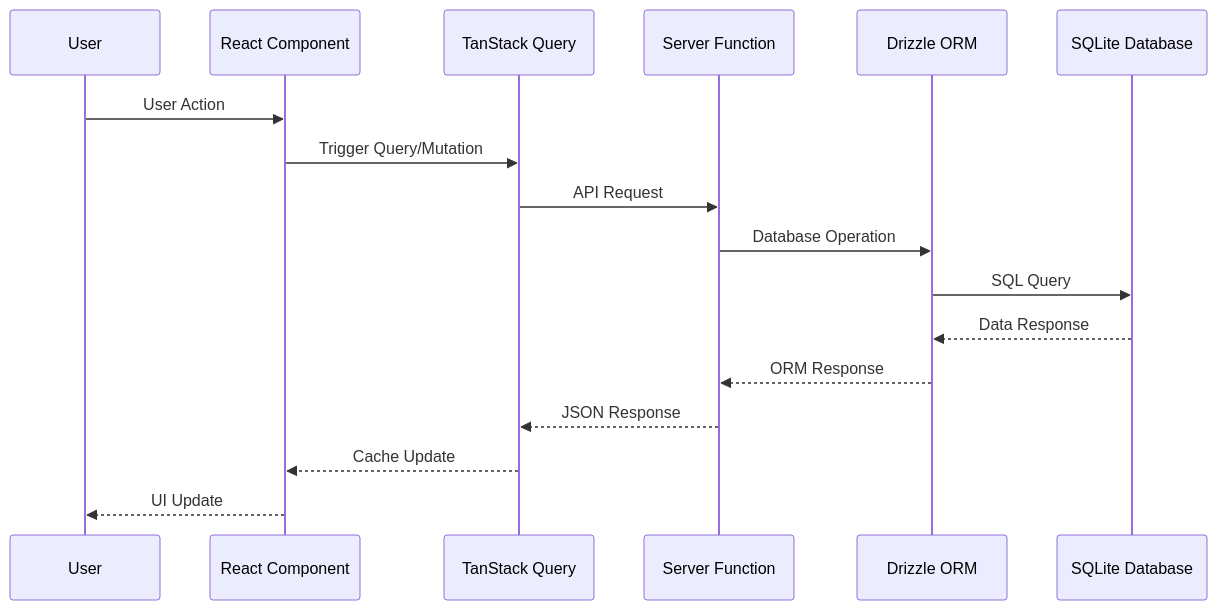
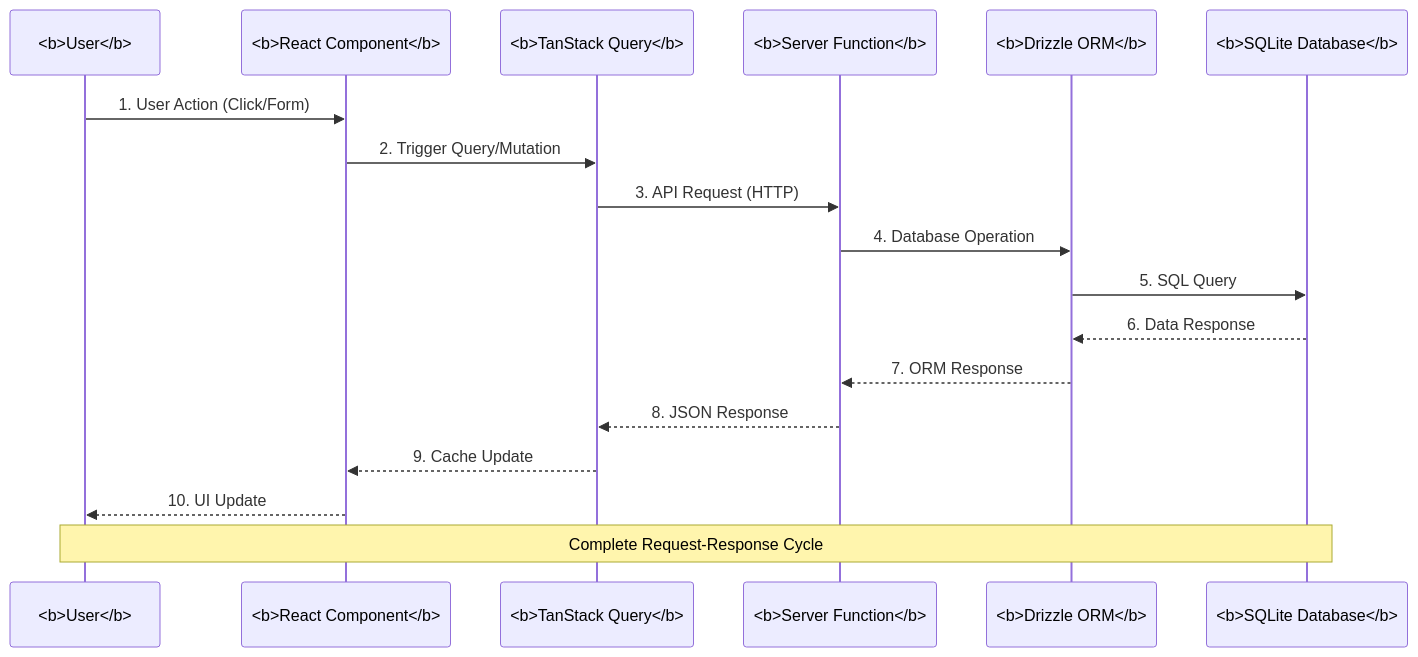
One commit to Nnadivictory25/farm-assist changed the third of 7 diagrams in docs/SYSTEM_DESIGN.md. Above: the diagram before and after it, drawn with Mermaid. The commit also changed other lines of this file and 1 other file, not shown here.

````diff
--- a/docs/SYSTEM_DESIGN.md
+++ b/docs/SYSTEM_DESIGN.md
@@ -380,20 +378,22 @@
 ```mermaid
 sequenceDiagram
-    participant U as User
-    participant C as React Component
-    participant Q as TanStack Query
-    participant S as Server Function
-    participant D as Drizzle ORM
-    participant DB as SQLite Database
+    participant U as <b>User</b>
+    participant C as <b>React Component</b>
+    participant Q as <b>TanStack Query</b>
+    participant S as <b>Server Function</b>
+    participant D as <b>Drizzle ORM</b>
+    participant DB as <b>SQLite Database</b>
 
-    U->>C: User Action
-    C->>Q: Trigger Query/Mutation
-    Q->>S: API Request
-    S->>D: Database Operation
-    D->>DB: SQL Query
-    DB-->>D: Data Response
-    D-->>S: ORM Response
-    S-->>Q: JSON Response
-    Q-->>C: Cache Update
-    C-->>U: UI Update
+    U->>C: 1. User Action (Click/Form)
+    C->>Q: 2. Trigger Query/Mutation
+    Q->>S: 3. API Request (HTTP)
+    S->>D: 4. Database Operation
+    D->>DB: 5. SQL Query
+    DB-->>D: 6. Data Response
+    D-->>S: 7. ORM Response
+    S-->>Q: 8. JSON Response
+    Q-->>C: 9. Cache Update
+    C-->>U: 10. UI Update
+
+    Note over U,DB: Complete Request-Response Cycle
 ```
````
